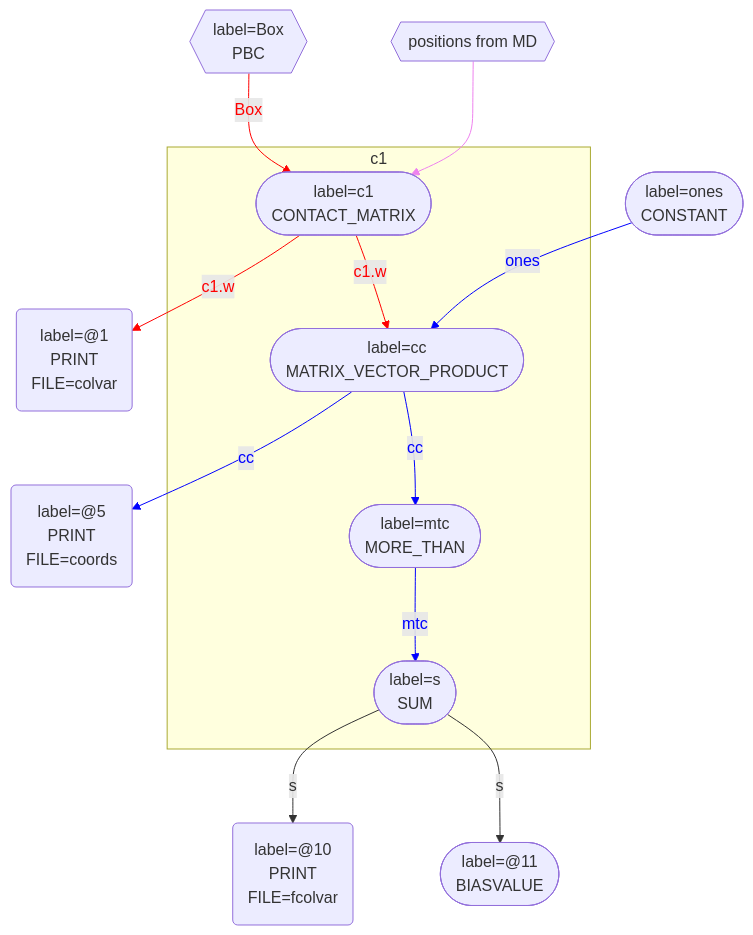
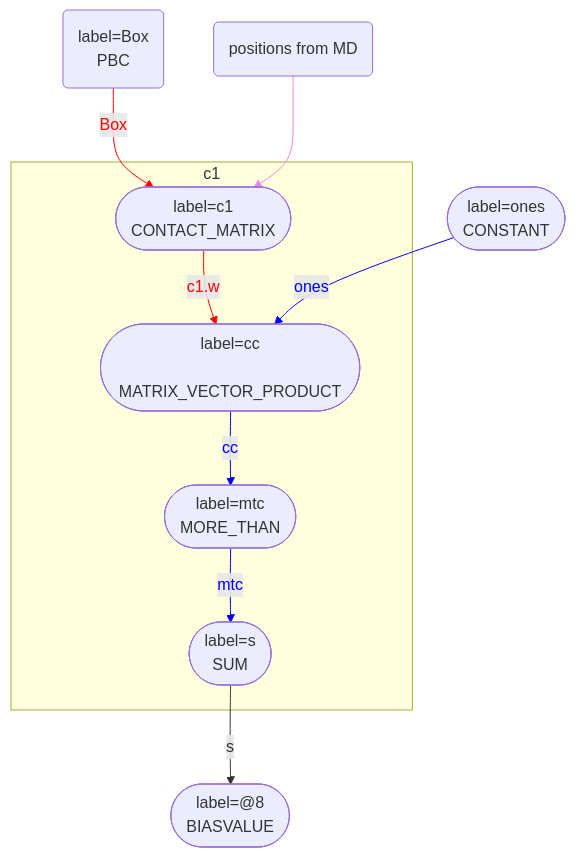
One commit to gtribello/plumed-thoughts changed the first of 4 diagrams in contactMatrix.md. Above: the diagram before and after it, drawn with Mermaid. The commit also changed other lines of this file and 1 other file, not shown here.

Commit message:
Fixed graphs on contact matrix page hopefully

````diff
--- a/contactMatrix.md
+++ b/contactMatrix.md
@@ -48,57 +48,40 @@
 ```mermaid
 flowchart TB
-MD{{positions from MD}}
-Box{{"`label=Box 
+MD(positions from MD)
+Box("label=Box 
  PBC
-`"}}
+")
 Box -- Box --> c1
 linkStyle 0 stroke:red,color:red;
 MD --> c1
 linkStyle 1 stroke:violet,color:violet;
 subgraph subc1 [c1]
-c1(["`label=c1
+c1(["label=c1
  CONTACT_MATRIX
-`"])
-cc(["`label=cc
+"])
+cc(["label=cc
  MATRIX_VECTOR_PRODUCT
-`"])
-mtc(["`label=mtc
+"])
+mtc(["label=mtc
  MORE_THAN
-`"])
-s(["`label=s
+"])
+s(["label=s
  SUM
-`"])
+"])
 end
-c1 -- c1.w --> 1
+ones(["label=ones
+ CONSTANT
+"])
+c1 -- c1.w --> cc
 linkStyle 2 stroke:red,color:red;
-1("`label=#64;1
- PRINT
-FILE=colvar
-`")
-ones(["`label=ones
- CONSTANT
-`"])
-c1 -- c1.w --> cc
-linkStyle 3 stroke:red,color:red;
 ones -- ones --> cc
+linkStyle 3 stroke:blue,color:blue;
+cc -- cc --> mtc
 linkStyle 4 stroke:blue,color:blue;
-cc -- cc --> 5
+mtc -- mtc --> s
 linkStyle 5 stroke:blue,color:blue;
-5("`label=#64;5
- PRINT
-FILE=coords
-`")
-cc -- cc --> mtc
-linkStyle 6 stroke:blue,color:blue;
-mtc -- mtc --> s
-linkStyle 7 stroke:blue,color:blue;
-s -- s --> 10
-10("`label=#64;10
- PRINT
-FILE=fcolvar
-`")
-s -- s --> 11
-11(["`label=#64;11
+s -- s --> 8
+8(["label=#64;8
  BIASVALUE
-`"])
+"])
 ```
````
